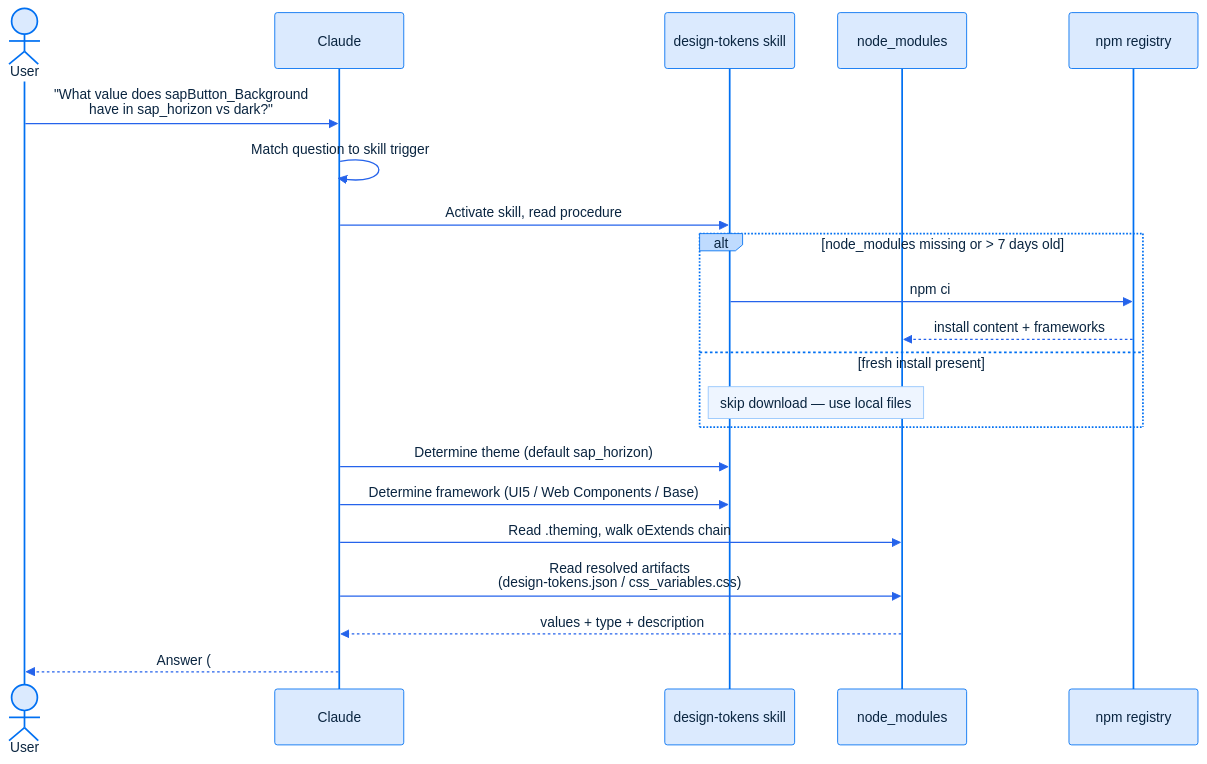
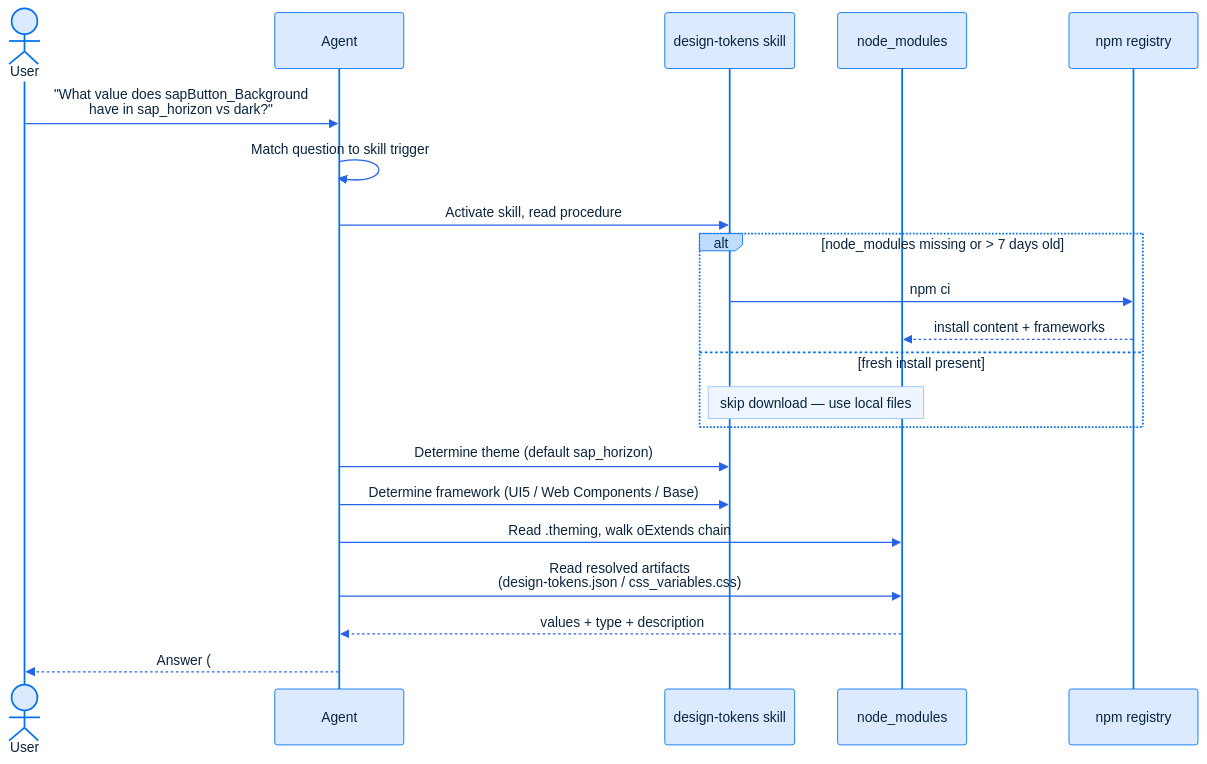
Before and after one commit to SAP/ui-theme-designer-plugins-for-coding-agents: the diagram in plugins/ui-theme-designer/README.md, drawn with Mermaid.

````diff
--- a/plugins/ui-theme-designer/README.md
+++ b/plugins/ui-theme-designer/README.md
@@ -61,46 +61,46 @@
 ```mermaid
 %%{init: {'theme':'base', 'themeVariables': {
   'primaryColor':'#dbeafe',
   'primaryBorderColor':'#0070f2',
   'primaryTextColor':'#0a2540',
   'lineColor':'#2563eb',
   'actorBkg':'#dbeafe',
   'actorBorder':'#0070f2',
   'actorTextColor':'#0a2540',
   'signalColor':'#2563eb',
   'signalTextColor':'#0a2540',
   'labelBoxBkgColor':'#bfdbfe',
   'labelBoxBorderColor':'#0070f2',
   'labelTextColor':'#0a2540',
   'noteBkgColor':'#eef5ff',
   'noteBorderColor':'#93c5fd',
   'noteTextColor':'#0a2540',
   'activationBkgColor':'#bfdbfe',
   'activationBorderColor':'#0070f2',
   'fontFamily':'72, Arial, sans-serif'
 }}}%%
 sequenceDiagram
     actor U as User
-    participant C as Claude
+    participant C as Agent
     participant S as design-tokens skill
     participant N as node_modules
     participant R as npm registry
 
     U->>C: "What value does sapButton_Background<br/>have in sap_horizon vs dark?"
     C->>C: Match question to skill trigger
     C->>S: Activate skill, read procedure
 
     alt node_modules missing or > 7 days old
         S->>R: npm ci
         R-->>N: install content + frameworks
     else fresh install present
         Note over S,N: skip download — use local files
     end
 
     C->>S: Determine theme (default sap_horizon)
     C->>S: Determine framework (UI5 / Web Components / Base)
     C->>N: Read .theming, walk oExtends chain
     C->>N: Read resolved artifacts<br/>(design-tokens.json / css_variables.css)
     N-->>C: values + type + description
     C-->>U: Answer (#fff vs #1c242c, grouped)
 ```
````
